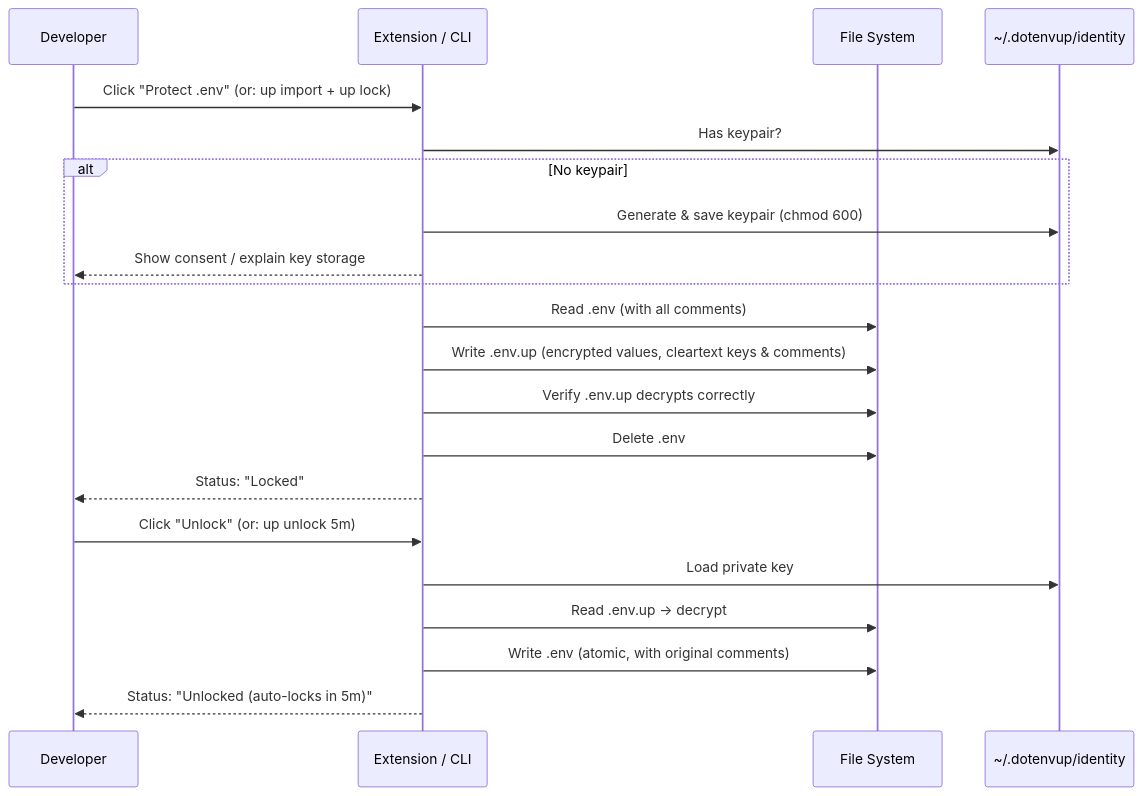
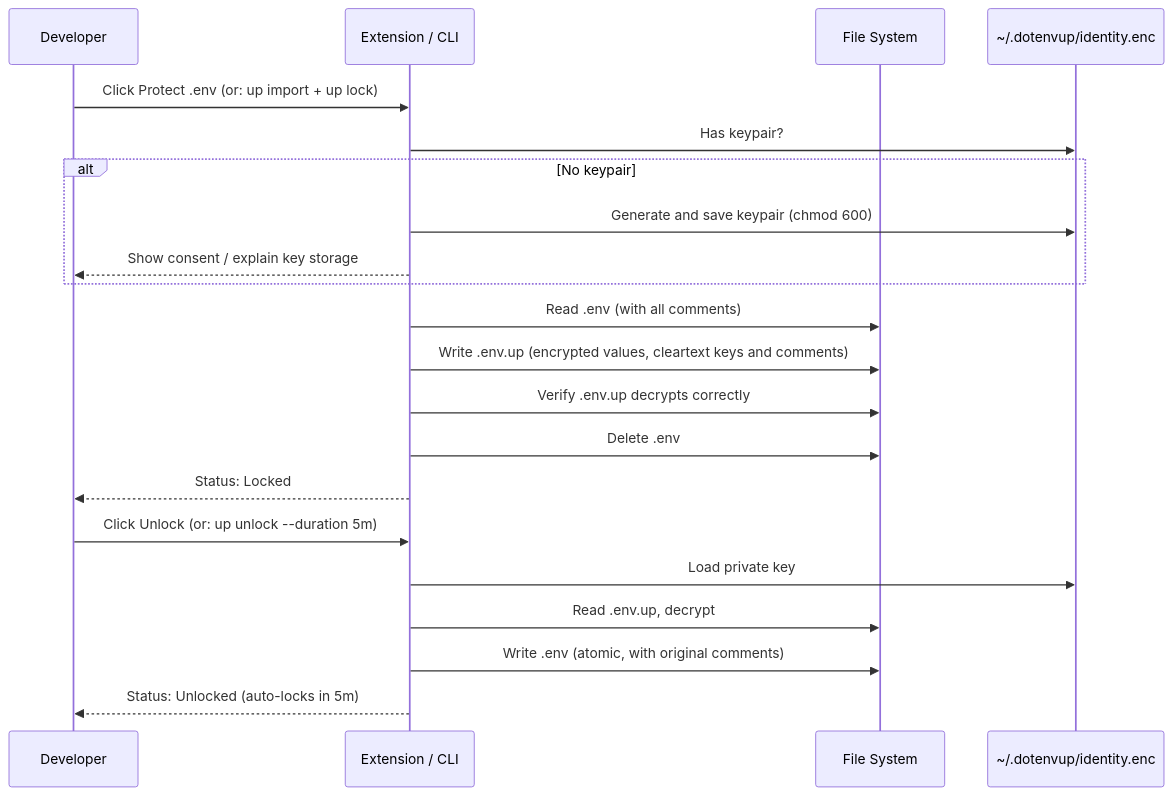
The first of 5 diagrams in README.md (sarhej/dotenvup), drawn with Mermaid before and after one commit. The commit also changed other lines of this file and 35 other files, not shown here.

````diff
--- a/README.md
+++ b/README.md
@@ -24,25 +50,25 @@
 ```mermaid
 sequenceDiagram
     participant Dev as Developer
     participant Ext as Extension / CLI
     participant FS as File System
-    participant Key as ~/.dotenvup/identity
+    participant Key as ~/.dotenvup/identity.enc
 
-    Dev->>Ext: Click "Protect .env" (or: up import + up lock)
+    Dev->>Ext: Click Protect .env (or: up import + up lock)
     Ext->>Key: Has keypair?
     alt No keypair
-        Ext->>Key: Generate & save keypair (chmod 600)
+        Ext->>Key: Generate and save keypair (chmod 600)
         Ext-->>Dev: Show consent / explain key storage
     end
     Ext->>FS: Read .env (with all comments)
-    Ext->>FS: Write .env.up (encrypted values, cleartext keys & comments)
+    Ext->>FS: Write .env.up (encrypted values, cleartext keys and comments)
     Ext->>FS: Verify .env.up decrypts correctly
     Ext->>FS: Delete .env
-    Ext-->>Dev: Status: "Locked"
+    Ext-->>Dev: Status: Locked
 
-    Dev->>Ext: Click "Unlock" (or: up unlock 5m)
+    Dev->>Ext: Click Unlock (or: up unlock --duration 5m)
     Ext->>Key: Load private key
-    Ext->>FS: Read .env.up → decrypt
+    Ext->>FS: Read .env.up, decrypt
     Ext->>FS: Write .env (atomic, with original comments)
-    Ext-->>Dev: Status: "Unlocked (auto-locks in 5m)"
+    Ext-->>Dev: Status: Unlocked (auto-locks in 5m)
 ```
````
